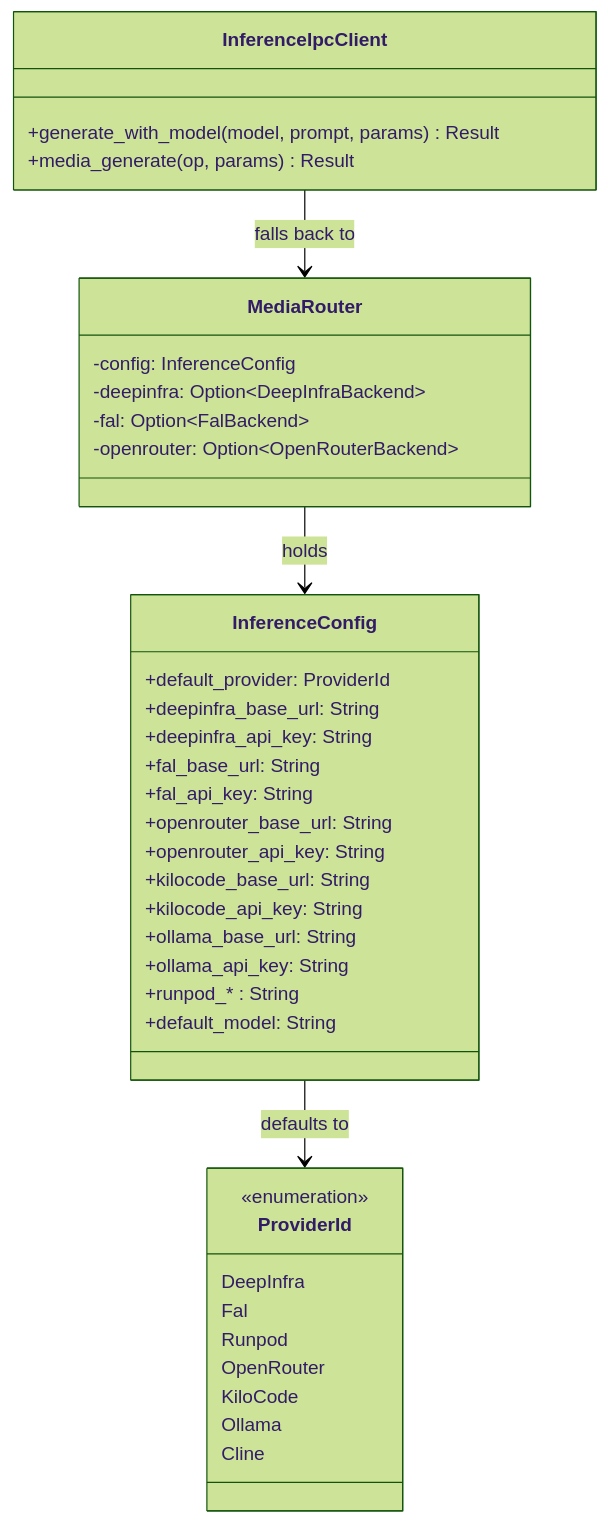
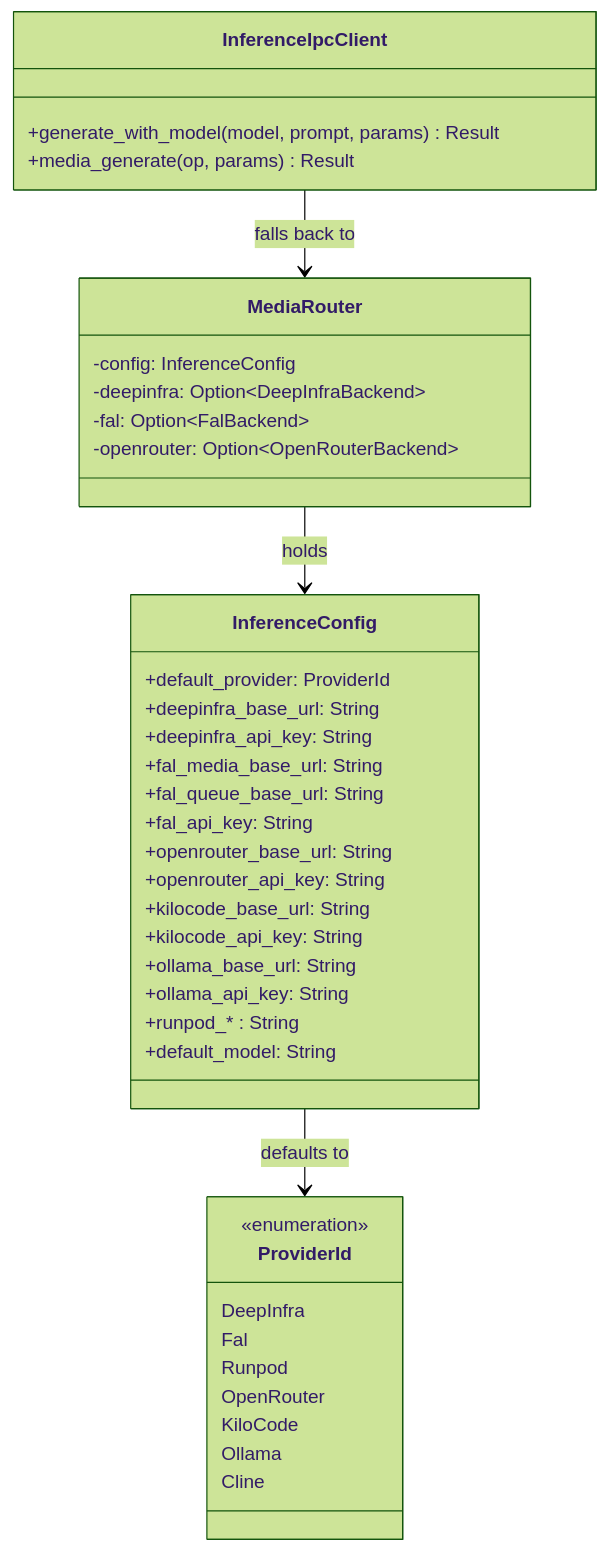
Before and after one commit to mdz-axo/zed-kask: the diagram in kask/docs/diataxis/hkask-inference/reference.md, drawn with Mermaid (forest theme). The commit also changed 10 other files, not shown here.

First line of the commit message:
Treat fal.ai as media-only provider and fix GNOME icons

````diff
--- a/kask/docs/diataxis/hkask-inference/reference.md
+++ b/kask/docs/diataxis/hkask-inference/reference.md
@@ -50,42 +50,43 @@
 ```mermaid
 classDiagram
     class ProviderId {
         <<enumeration>>
         DeepInfra
         Fal
         Runpod
         OpenRouter
         KiloCode
         Ollama
         Cline
     }
     class InferenceConfig {
         +default_provider: ProviderId
         +deepinfra_base_url: String
         +deepinfra_api_key: String
-        +fal_base_url: String
+        +fal_media_base_url: String
+        +fal_queue_base_url: String
         +fal_api_key: String
         +openrouter_base_url: String
         +openrouter_api_key: String
         +kilocode_base_url: String
         +kilocode_api_key: String
         +ollama_base_url: String
         +ollama_api_key: String
         +runpod_* : String
         +default_model: String
     }
     class MediaRouter {
         -config: InferenceConfig
         -deepinfra: Option~DeepInfraBackend~
         -fal: Option~FalBackend~
         -openrouter: Option~OpenRouterBackend~
     }
     class InferenceIpcClient {
         +generate_with_model(model, prompt, params) Result
         +media_generate(op, params) Result
     }
 
     MediaRouter --> InferenceConfig : holds
     InferenceIpcClient --> MediaRouter : falls back to
     InferenceConfig --> ProviderId : defaults to
 ```
````
